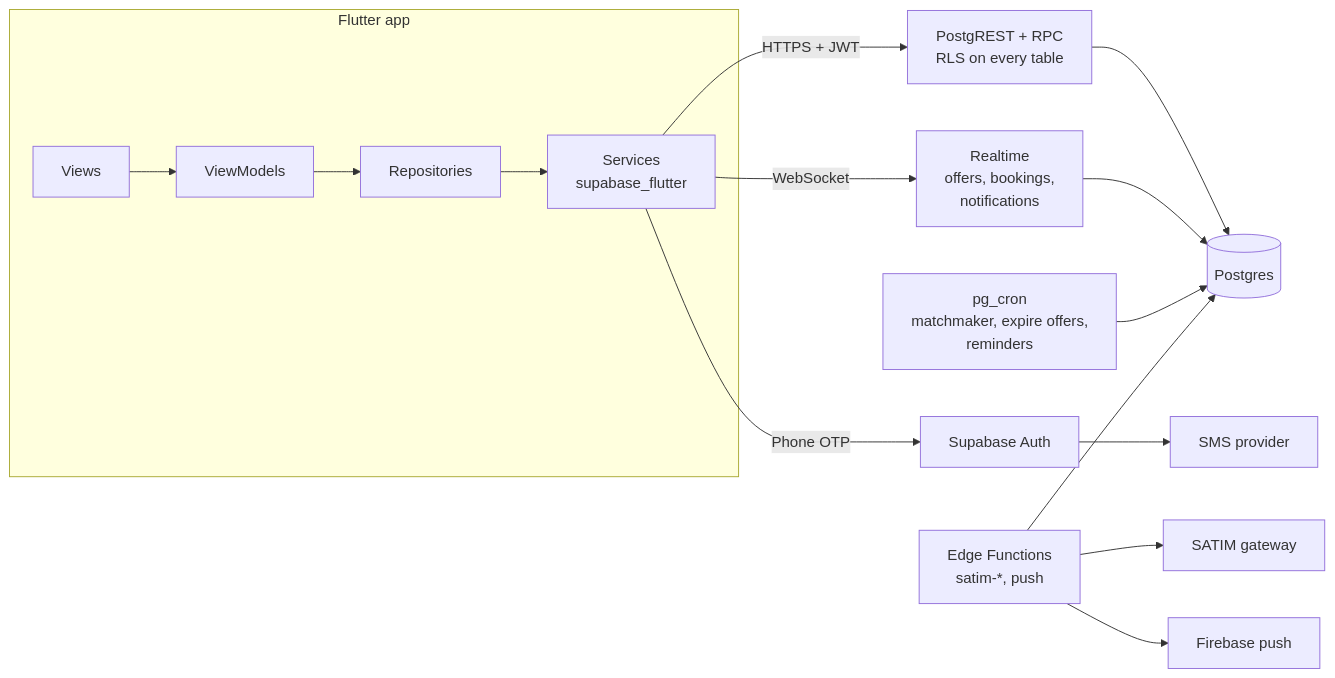
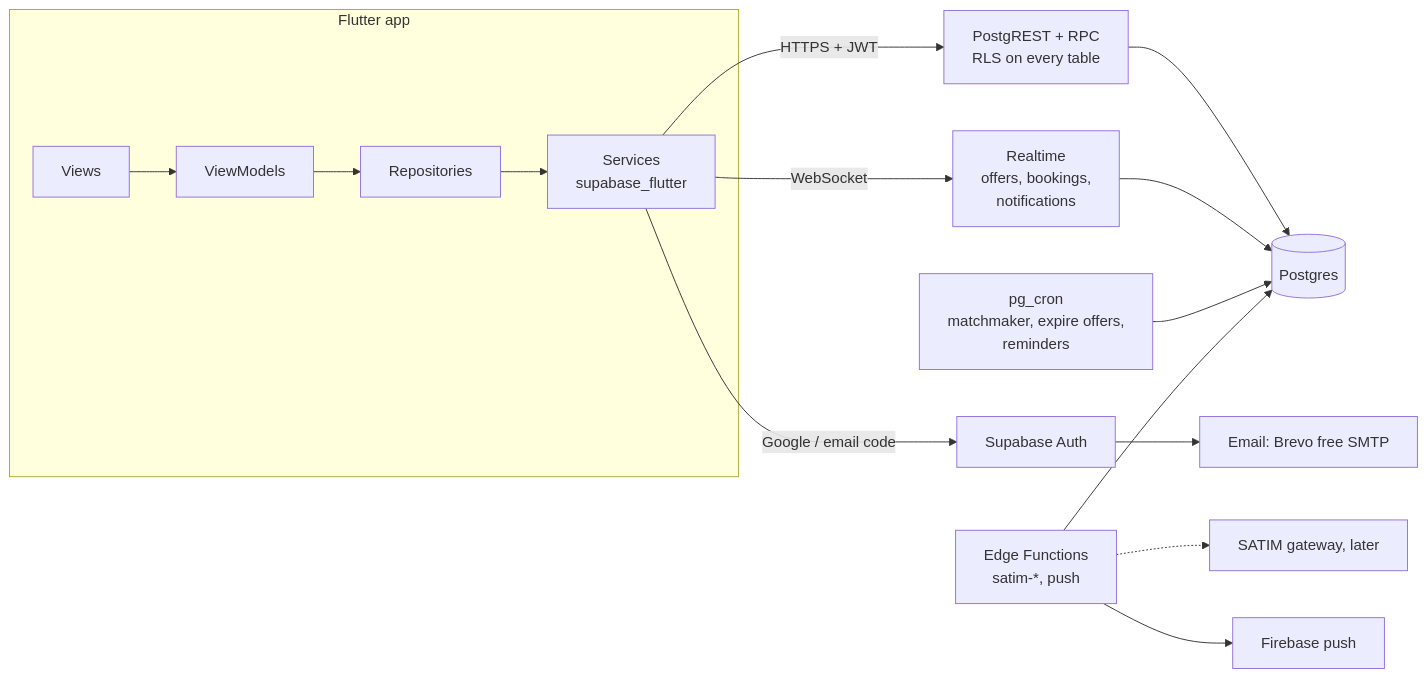
One commit to shwailbmg-cyber/matchiko changed the third of 3 diagrams in docs/ARCHITECTURE.md. Above: the diagram before and after it, drawn with Mermaid. The commit also changed other lines of this file and 40 other files, not shown here.

````diff
--- a/docs/ARCHITECTURE.md
+++ b/docs/ARCHITECTURE.md
@@ -94,16 +96,16 @@
 ```mermaid
 flowchart LR
     subgraph Phone[Flutter app]
       V[Views] --> VM[ViewModels] --> R[Repositories] --> S[Services<br/>supabase_flutter]
     end
     S -->|HTTPS + JWT| API[PostgREST + RPC<br/>RLS on every table]
     S -->|WebSocket| RT[Realtime<br/>offers, bookings,<br/>notifications]
-    S -->|Phone OTP| AUTH[Supabase Auth]
+    S -->|Google / email code| AUTH[Supabase Auth]
     API --> DB[(Postgres)]
     RT --> DB
     CRON[pg_cron<br/>matchmaker, expire offers,<br/>reminders] --> DB
     EF[Edge Functions<br/>satim-*, push] --> DB
-    EF --> SATIM[SATIM gateway]
+    EF -.-> SATIM[SATIM gateway, later]
     EF --> FCM[Firebase push]
-    AUTH --> SMS[SMS provider]
+    AUTH --> MAIL[Email: Brevo free SMTP]
 ```
````
